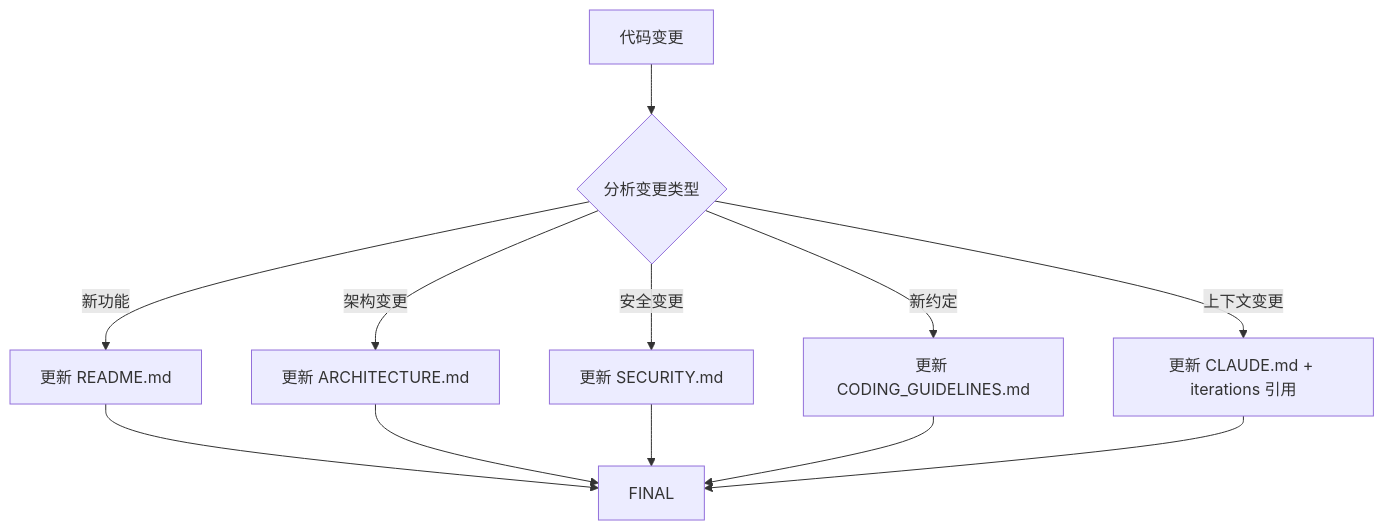
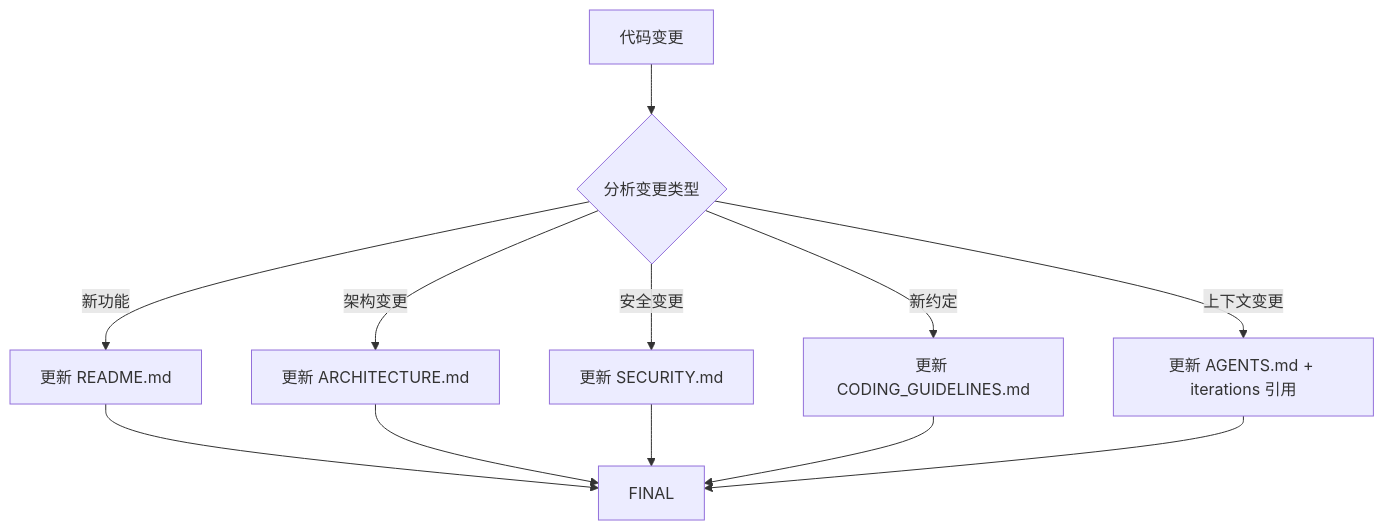
One commit to evan-e2438927/sdlc-workflow changed the diagram in sdlc-workflow/references/10-docs-updater.md. Above: the diagram before and after it, drawn with Mermaid. The commit also changed other lines of this file and 25 other files, not shown here.

````diff
--- a/sdlc-workflow/references/10-docs-updater.md
+++ b/sdlc-workflow/references/10-docs-updater.md
@@ -16,15 +16,15 @@
 ```mermaid
 graph TD
     CODE["代码变更"] --> ANALYZE{分析变更类型}
     ANALYZE -->|新功能| UPDATE_README["更新 README.md"]
     ANALYZE -->|架构变更| UPDATE_ARCH["更新 ARCHITECTURE.md"]
     ANALYZE -->|安全变更| UPDATE_SEC["更新 SECURITY.md"]
     ANALYZE -->|新约定| UPDATE_CODING["更新 CODING_GUIDELINES.md"]
-    ANALYZE -->|上下文变更| UPDATE_CLAUDE["更新 CLAUDE.md + iterations 引用"]
+    ANALYZE -->|上下文变更| UPDATE_CLAUDE["更新 AGENTS.md + iterations 引用"]
 
     UPDATE_README --> FINAL
     UPDATE_ARCH --> FINAL
     UPDATE_SEC --> FINAL
     UPDATE_CODING --> FINAL
     UPDATE_CLAUDE --> FINAL
 ```
````
